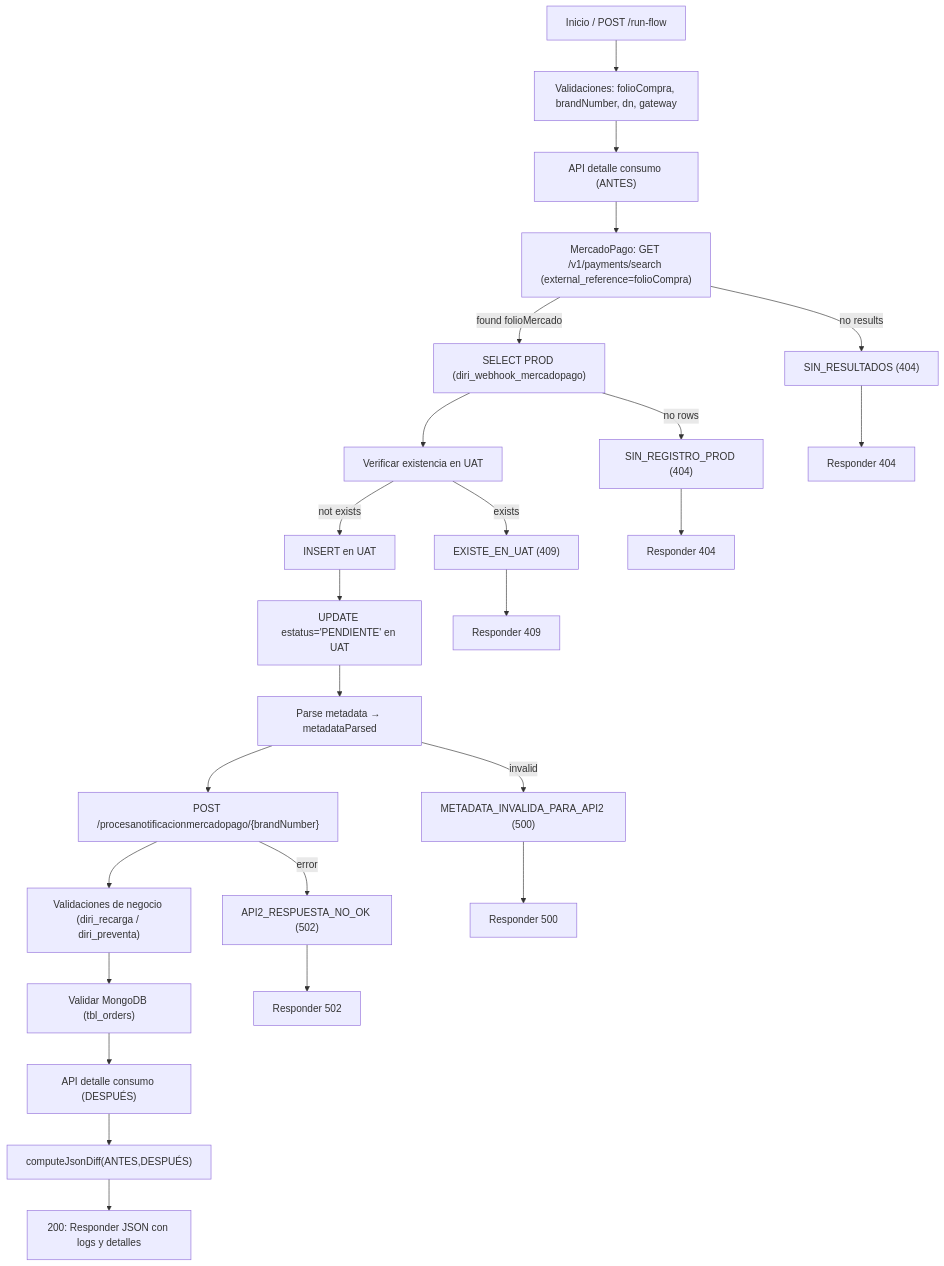
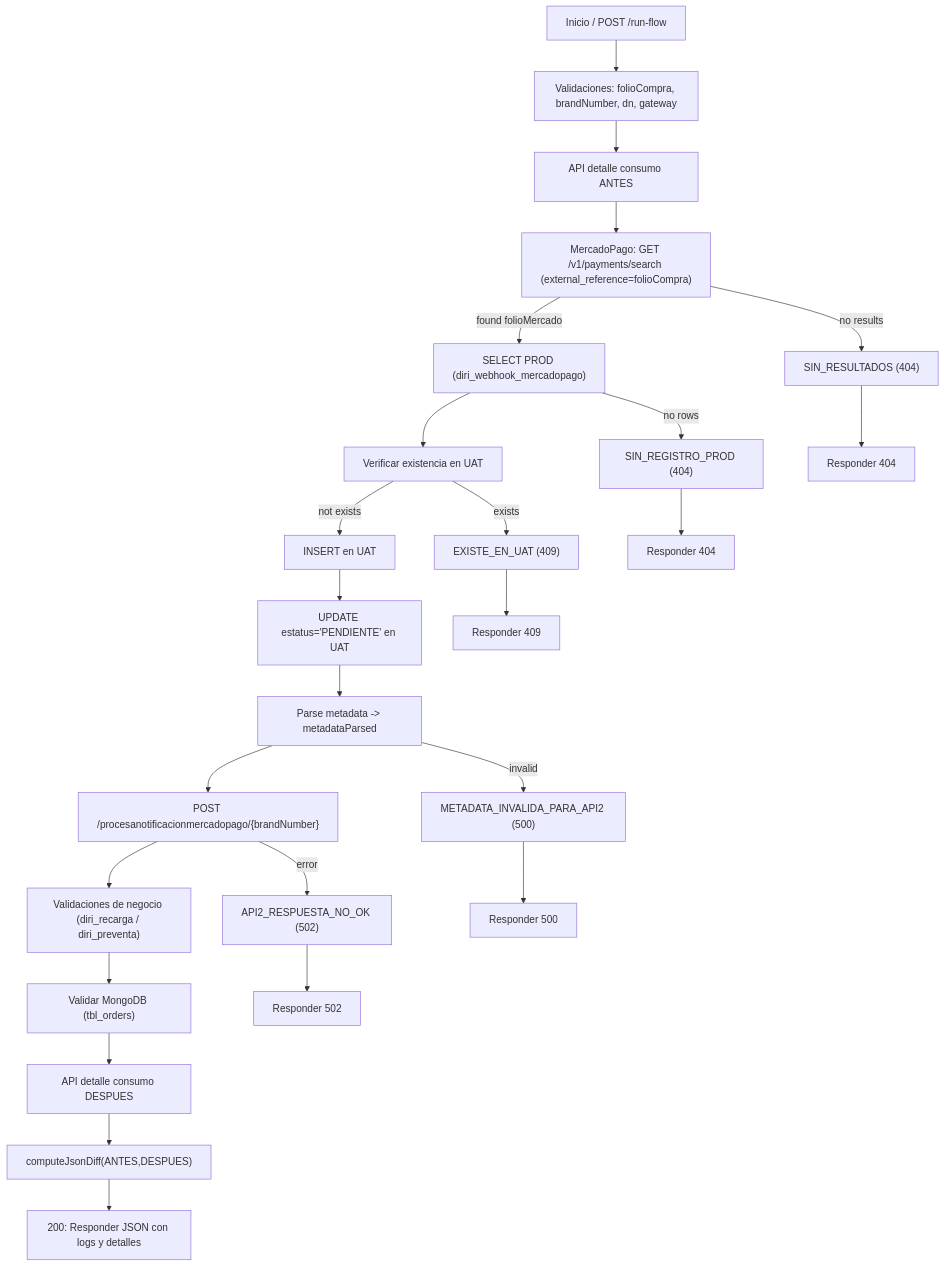
Before and after one commit to EdgarViOl/QA_Diri: the first of 6 diagrams in README.md, drawn with Mermaid. The commit also changed other lines of this file and 1 other file, not shown here.

Commit message:
Fix a los diagramas

````diff
--- a/README.md
+++ b/README.md
@@ -97,27 +97,27 @@
 ```mermaid
 flowchart TD
   Start["Inicio / POST /run-flow"] --> Validaciones["Validaciones: folioCompra, brandNumber, dn, gateway"]
-  Validaciones --> ConsumoAntes["API detalle consumo (ANTES)"]
+  Validaciones --> ConsumoAntes["API detalle consumo ANTES"]
   ConsumoAntes --> MPsearch["MercadoPago: GET /v1/payments/search (external_reference=folioCompra)"]
   MPsearch -->|no results| NoResults["SIN_RESULTADOS (404)"]
   MPsearch -->|found folioMercado| ConsultaProd["SELECT PROD (diri_webhook_mercadopago)"]
   ConsultaProd -->|no rows| NoProd["SIN_REGISTRO_PROD (404)"]
   ConsultaProd --> VerificarUat["Verificar existencia en UAT"]
   VerificarUat -->|exists| ExisteUat["EXISTE_EN_UAT (409)"]
   VerificarUat -->|not exists| InsertUat["INSERT en UAT"]
   InsertUat --> UpdateUat["UPDATE estatus='PENDIENTE' en UAT"]
-  UpdateUat --> ParseMetadata["Parse metadata → metadataParsed"]
+  UpdateUat --> ParseMetadata["Parse metadata -> metadataParsed"]
   ParseMetadata -->|invalid| MetadataInvalid["METADATA_INVALIDA_PARA_API2 (500)"]
   ParseMetadata --> CallAPI["POST /procesanotificacionmercadopago/{brandNumber}"]
   CallAPI -->|error| ApiError["API2_RESPUESTA_NO_OK (502)"]
   CallAPI --> ValidacionesNegocio["Validaciones de negocio (diri_recarga / diri_preventa)"]
   ValidacionesNegocio --> MongoVal["Validar MongoDB (tbl_orders)"]
-  MongoVal --> ConsumoDespues["API detalle consumo (DESPUÉS)"]
-  ConsumoDespues --> ComputeDiff["computeJsonDiff(ANTES,DESPUÉS)"]
+  MongoVal --> ConsumoDespues["API detalle consumo DESPUES"]
+  ConsumoDespues --> ComputeDiff["computeJsonDiff(ANTES,DESPUES)"]
   ComputeDiff --> Response["200: Responder JSON con logs y detalles"]
   NoResults --> ResponseErr1["Responder 404"]
   NoProd --> ResponseErr2["Responder 404"]
   ExisteUat --> ResponseErr3["Responder 409"]
   MetadataInvalid --> ResponseErr4["Responder 500"]
   ApiError --> ResponseErr5["Responder 502"]
 ```
````
